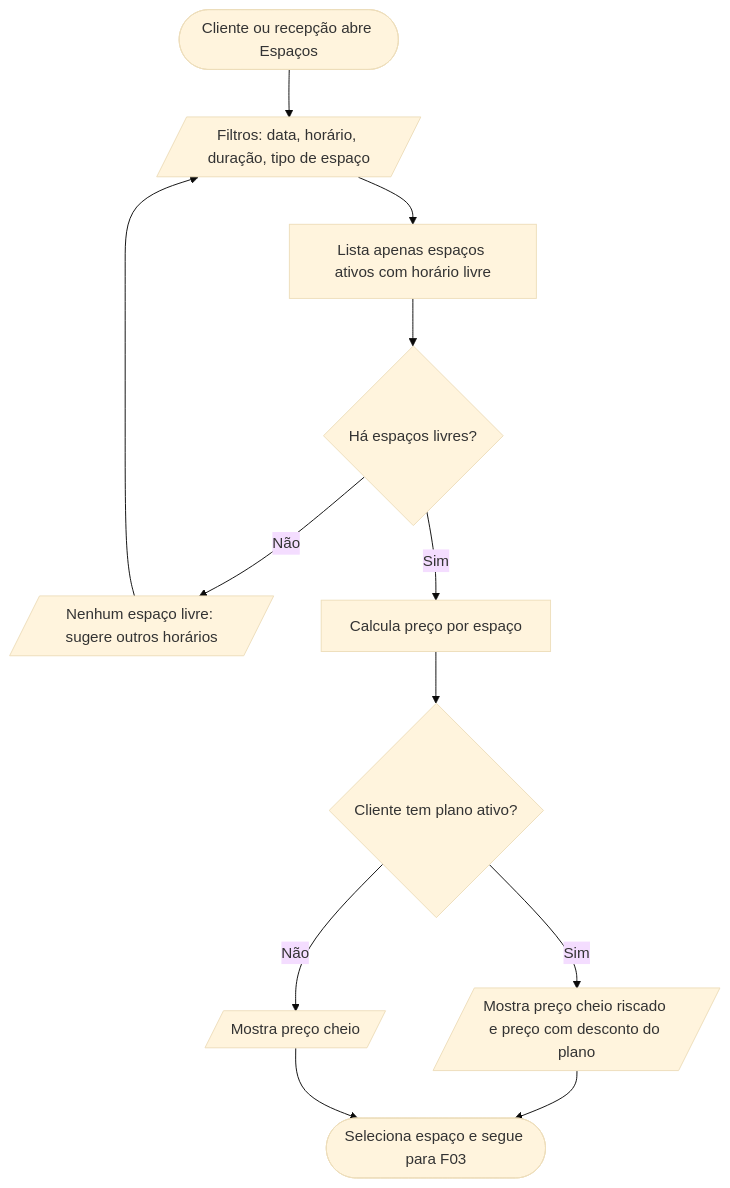
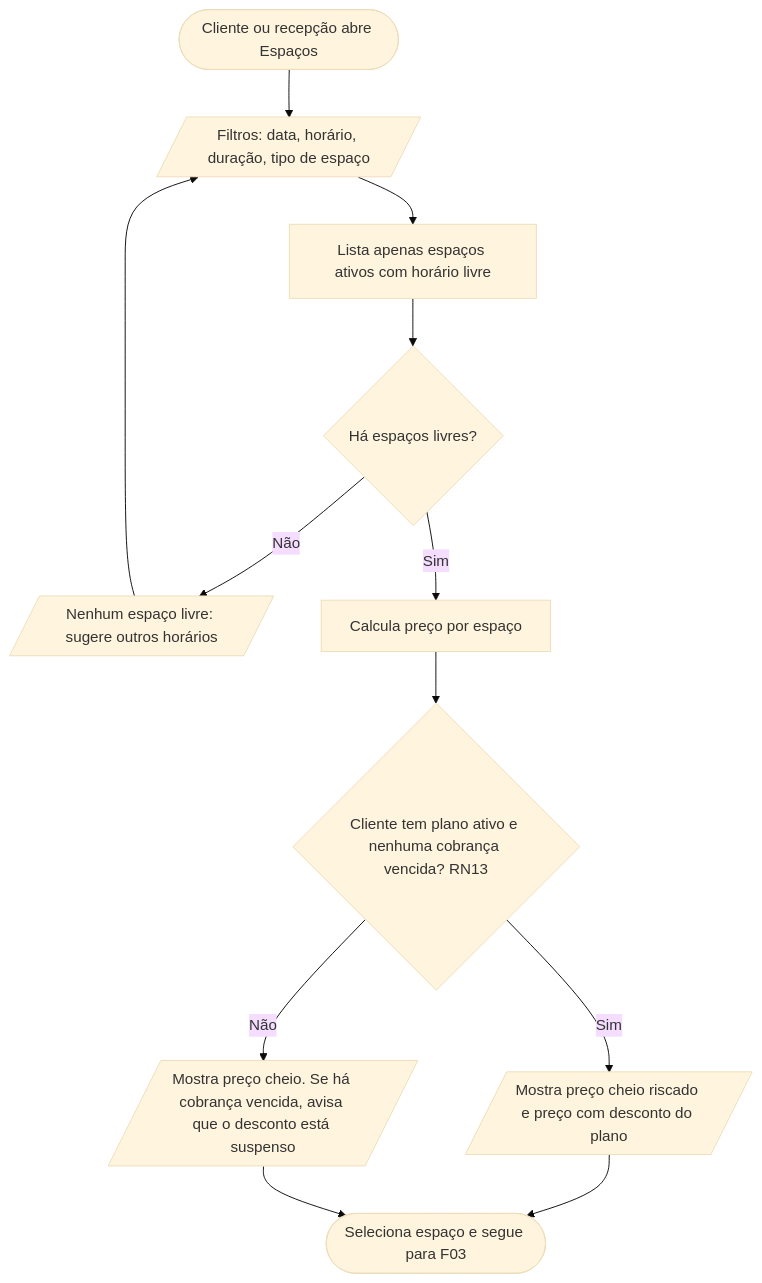
Before and after one commit to HubbiCoworking/Hubbi: the third of 14 diagrams in docs/specs/001-fluxos-reservas-hubbi/fluxos.md, drawn with Mermaid (base theme). The commit also changed other lines of this file and 132 other files, not shown here.

````diff
--- a/docs/specs/001-fluxos-reservas-hubbi/fluxos.md
+++ b/docs/specs/001-fluxos-reservas-hubbi/fluxos.md
@@ -60,13 +60,13 @@
 ```mermaid
 flowchart TD
     A([Cliente ou recepção abre Espaços]) --> B[/Filtros: data, horário, duração, tipo de espaço/]
     B --> C[Lista apenas espaços ativos com horário livre]
     C --> D{Há espaços livres?}
     D -- Não --> D1[/Nenhum espaço livre: sugere outros horários/] --> B
     D -- Sim --> E[Calcula preço por espaço]
-    E --> F{Cliente tem plano ativo?}
+    E --> F{Cliente tem plano ativo e nenhuma cobrança vencida? RN13}
     F -- Sim --> G[/Mostra preço cheio riscado e preço com desconto do plano/]
-    F -- Não --> H[/Mostra preço cheio/]
+    F -- Não --> H[/Mostra preço cheio. Se há cobrança vencida, avisa que o desconto está suspenso/]
     G --> I([Seleciona espaço e segue para F03])
     H --> I
 ```
````
